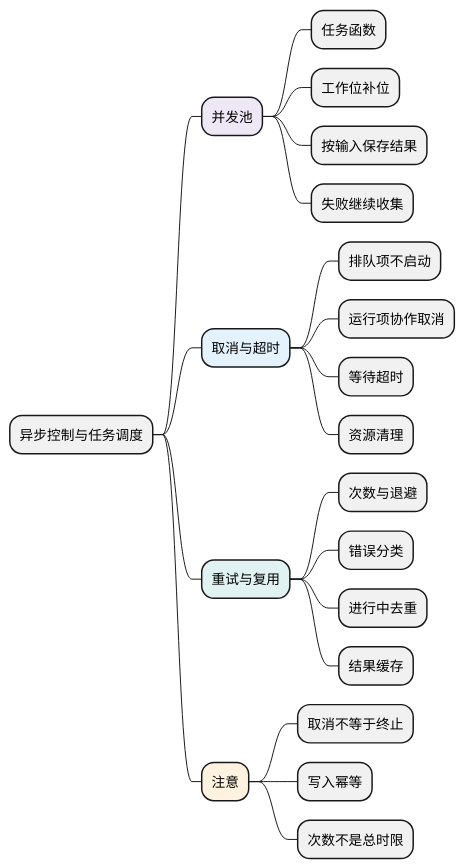
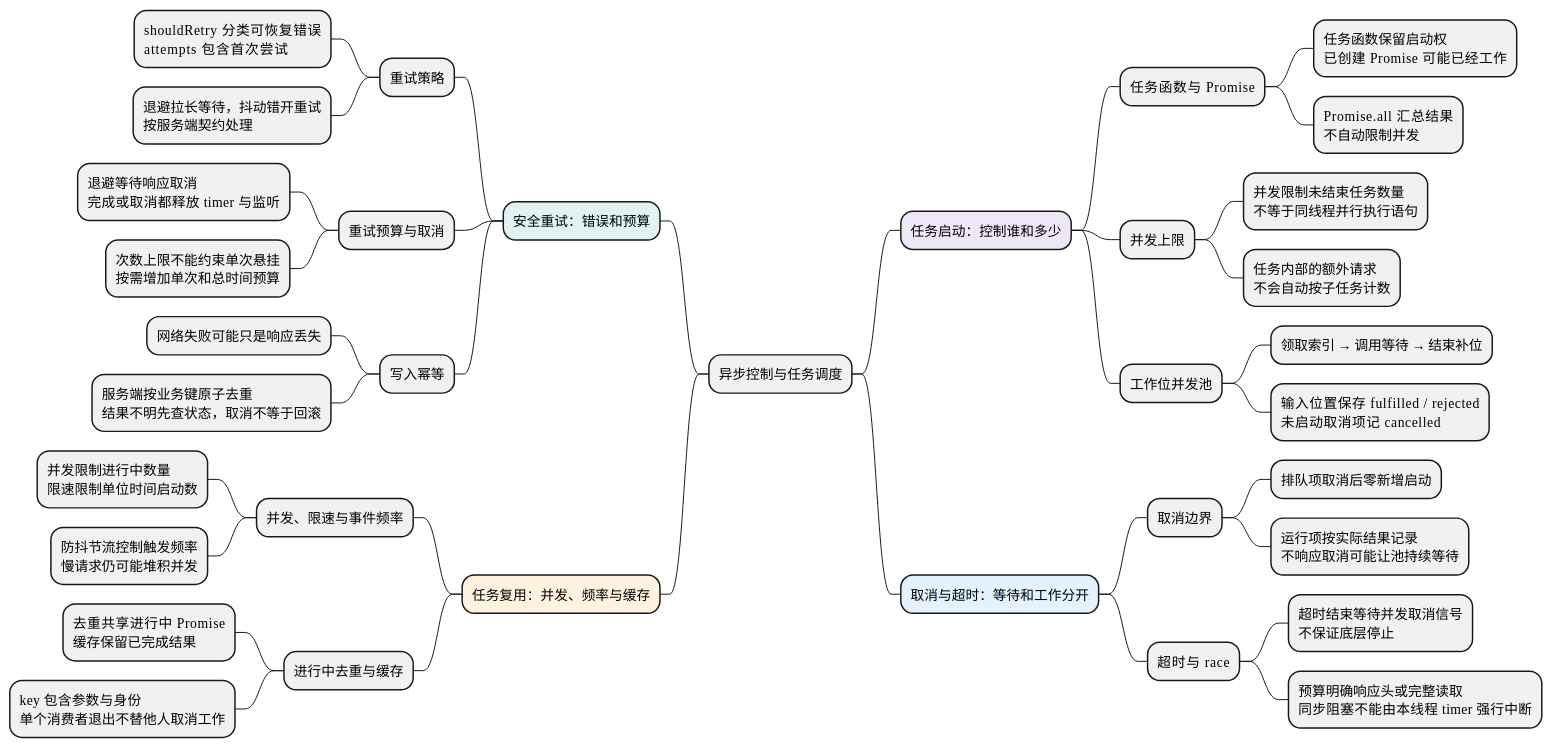
One commit to chenx18/JAVA changed the diagram in docs/AI前端全栈教材/01_JavaScript/05_模块化与浏览器实践/05_异步控制与任务调度.md. Above: the diagram before and after it, drawn with PlantUML. The commit also changed other lines of this file and 84 other files, not shown here.

````diff
--- a/docs/AI前端全栈教材/01_JavaScript/05_模块化与浏览器实践/05_异步控制与任务调度.md
+++ b/docs/AI前端全栈教材/01_JavaScript/05_模块化与浏览器实践/05_异步控制与任务调度.md
@@ -9,31 +9,47 @@
 ```plantuml
 @startmindmap
 skinparam defaultFontName Microsoft YaHei
 skinparam defaultFontSize 14
 skinparam dpi 100
 skinparam backgroundColor white
 skinparam shadowing false
 
 * 异步控制与任务调度
-**[#EDE7F6] 并发池
-*** 任务函数
-*** 工作位补位
-*** 按输入保存结果
-*** 失败继续收集
-**[#E3F2FD] 取消与超时
-*** 排队项不启动
-*** 运行项协作取消
-*** 等待超时
-*** 资源清理
-**[#E0F2F1] 重试与复用
-*** 次数与退避
-*** 错误分类
-*** 进行中去重
-*** 结果缓存
-**[#FFF3E0] 注意
-*** 取消不等于终止
+**[#EDE7F6] 任务启动：控制谁和多少
+*** 任务函数与 Promise
+**** 任务函数保留启动权\n已创建 Promise 可能已经工作
+**** Promise.all 汇总结果\n不自动限制并发
+*** 并发上限
+**** 并发限制未结束任务数量\n不等于同线程并行执行语句
+**** 任务内部的额外请求\n不会自动按子任务计数
+*** 工作位并发池
+**** 领取索引 → 调用等待 → 结束补位
+**** 输入位置保存 fulfilled / rejected\n未启动取消项记 cancelled
+**[#E3F2FD] 取消与超时：等待和工作分开
+*** 取消边界
+**** 排队项取消后零新增启动
+**** 运行项按实际结果记录\n不响应取消可能让池持续等待
+*** 超时与 race
+**** 超时结束等待并发取消信号\n不保证底层停止
+**** 预算明确响应头或完整读取\n同步阻塞不能由本线程 timer 强行中断
+left side
+**[#E0F2F1] 安全重试：错误和预算
+*** 重试策略
+**** shouldRetry 分类可恢复错误\nattempts 包含首次尝试
+**** 退避拉长等待，抖动错开重试\n按服务端契约处理
+*** 重试预算与取消
+**** 退避等待响应取消\n完成或取消都释放 timer 与监听
+**** 次数上限不能约束单次悬挂\n按需增加单次和总时间预算
 *** 写入幂等
-*** 次数不是总时限
+**** 网络失败可能只是响应丢失
+**** 服务端按业务键原子去重\n结果不明先查状态，取消不等于回滚
+**[#FFF3E0] 任务复用：并发、频率与缓存
+*** 并发、限速与事件频率
+**** 并发限制进行中数量\n限速限制单位时间启动数
+**** 防抖节流控制触发频率\n慢请求仍可能堆积并发
+*** 进行中去重与缓存
+**** 去重共享进行中 Promise\n缓存保留已完成结果
+**** key 包含参数与身份\n单个消费者退出不替他人取消工作
 
 @endmindmap
 ```
````
